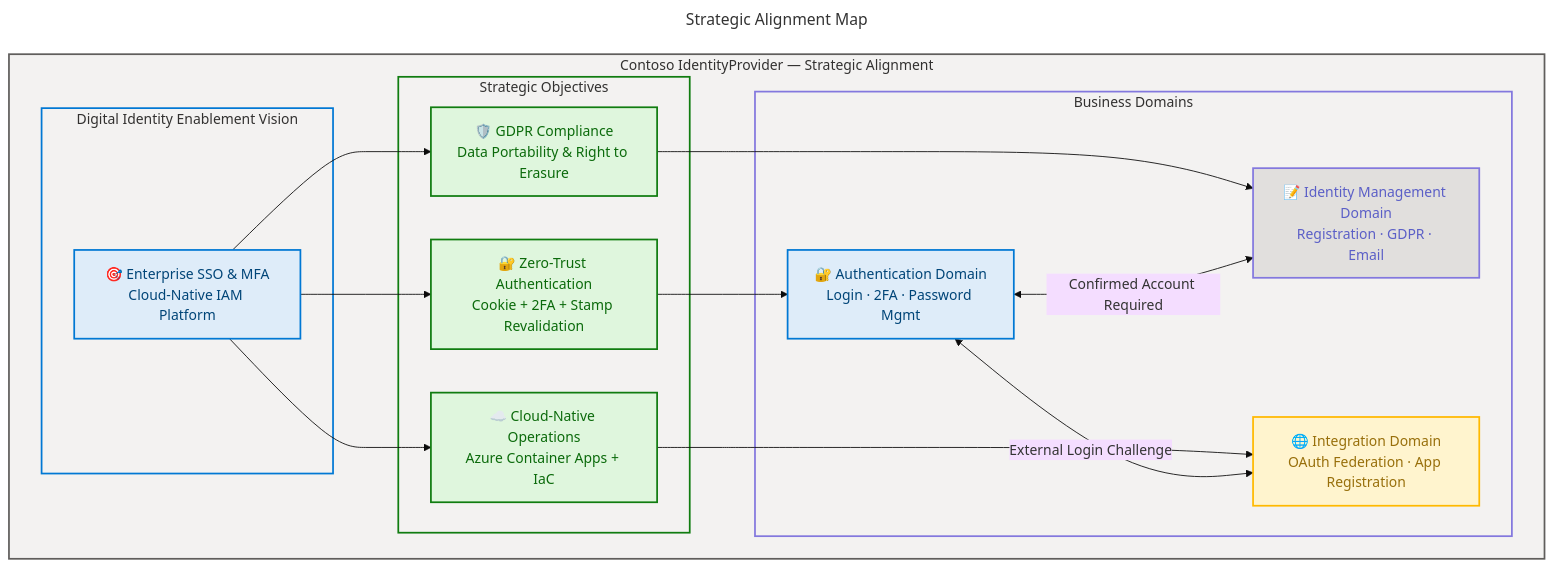
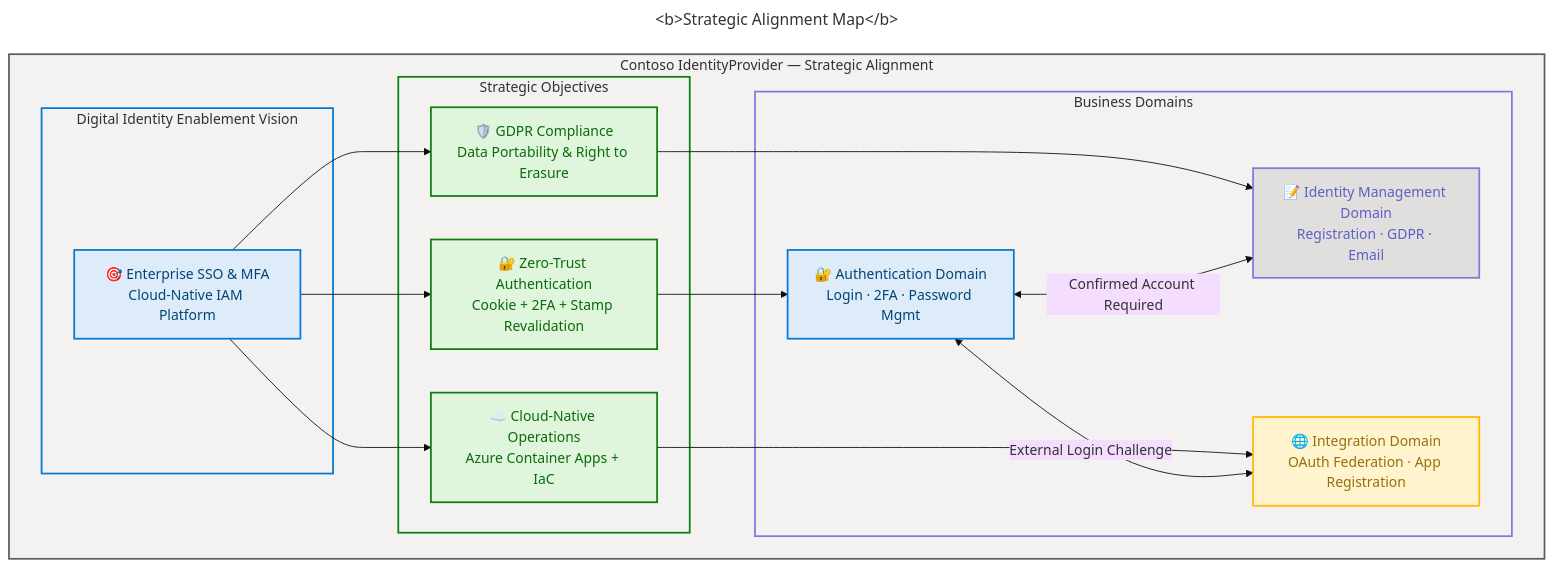
Before and after one commit to Evilazaro/IdentityProvider: the first of 11 diagrams in docs/architecture/business-architecture.md, drawn with Mermaid.

Commit message:
Enhance Strategic Alignment Map title formatting for improved visibility in business architecture documentation

````diff
--- a/docs/architecture/business-architecture.md
+++ b/docs/architecture/business-architecture.md
@@ -15,71 +15,71 @@
 ```mermaid
 ---
-title: Strategic Alignment Map
+title: <b>Strategic Alignment Map</b>
 config:
   theme: base
   look: classic
   layout: dagre
   themeVariables:
     fontSize: '16px'
   flowchart:
     htmlLabels: true
 ---
 flowchart TB
     accTitle: Strategic Alignment Map — Contoso IdentityProvider
     accDescr: Maps strategic objectives to the three business domains showing alignment with Digital Identity Enablement vision
 
     %% ═══════════════════════════════════════════════════════════════
     %% AZURE / FLUENT ARCHITECTURE PATTERN v1.1
     %% Semantic + Structural + Font + Accessibility Governance
     %% ═══════════════════════════════════════════════════════════════
     %% PHASE 1 — STRUCTURAL: Direction explicit, nesting ≤ 3
     %% PHASE 2 — SEMANTIC: Max 5 classes, neutral-first
     %% PHASE 3 — FONT: Dark text on light backgrounds ≥ 4.5:1
     %% PHASE 4 — ACCESSIBILITY: accTitle + accDescr + icons on all nodes
     %% PHASE 5 — STANDARD: Governance block + classDefs centralized
     %% ═══════════════════════════════════════════════════════════════
 
     subgraph main["Contoso IdentityProvider — Strategic Alignment"]
         subgraph vision["Digital Identity Enablement Vision"]
             V1["🎯 Enterprise SSO & MFA<br/>Cloud-Native IAM Platform"]
         end
 
         subgraph strategies["Strategic Objectives"]
             SO1["🔐 Zero-Trust Authentication<br/>Cookie + 2FA + Stamp Revalidation"]
             SO2["🛡️ GDPR Compliance<br/>Data Portability & Right to Erasure"]
             SO3["☁️ Cloud-Native Operations<br/>Azure Container Apps + IaC"]
         end
 
         subgraph domains["Business Domains"]
             D1["🔐 Authentication Domain<br/>Login · 2FA · Password Mgmt"]
             D2["📝 Identity Management Domain<br/>Registration · GDPR · Email"]
             D3["🌐 Integration Domain<br/>OAuth Federation · App Registration"]
         end
     end
 
     V1 --> SO1
     V1 --> SO2
     V1 --> SO3
     SO1 --> D1
     SO2 --> D2
     SO3 --> D3
     D1 <-->|Confirmed Account Required| D2
     D1 <-->|External Login Challenge| D3
 
     %% Semantic classDefs
     classDef core fill:#DEECF9,stroke:#0078D4,stroke-width:2px,color:#004578
     classDef success fill:#DFF6DD,stroke:#107C10,stroke-width:2px,color:#0B6A0B
     classDef warning fill:#FFF4CE,stroke:#FFB900,stroke-width:2px,color:#986F0B
     classDef data fill:#E1DFDD,stroke:#8378DE,stroke-width:2px,color:#5B5FC7
 
     class V1,D1 core
     class SO1,SO2,SO3 success
     class D2 data
     class D3 warning
 
     %% Subgraph styling (style directive required for subgraphs)
     style main fill:#F3F2F1,stroke:#605E5C,stroke-width:2px,color:#323130
     style vision fill:#F3F2F1,stroke:#0078D4,stroke-width:2px,color:#323130
     style strategies fill:#F3F2F1,stroke:#107C10,stroke-width:2px,color:#323130
     style domains fill:#F3F2F1,stroke:#8378DE,stroke-width:2px,color:#323130
 ```
````
